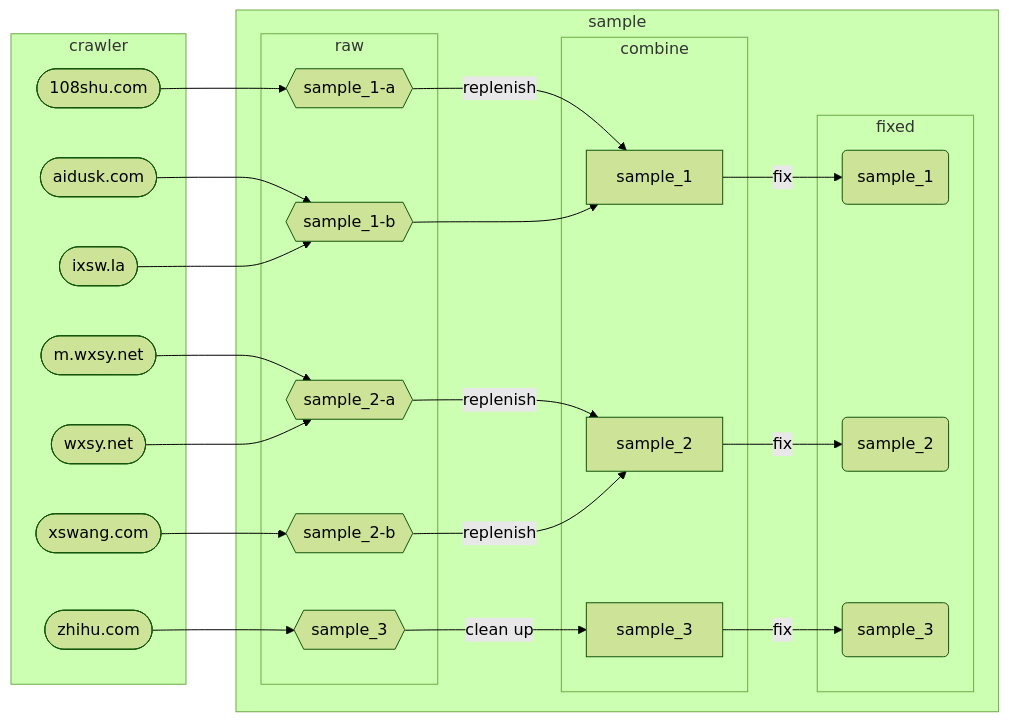
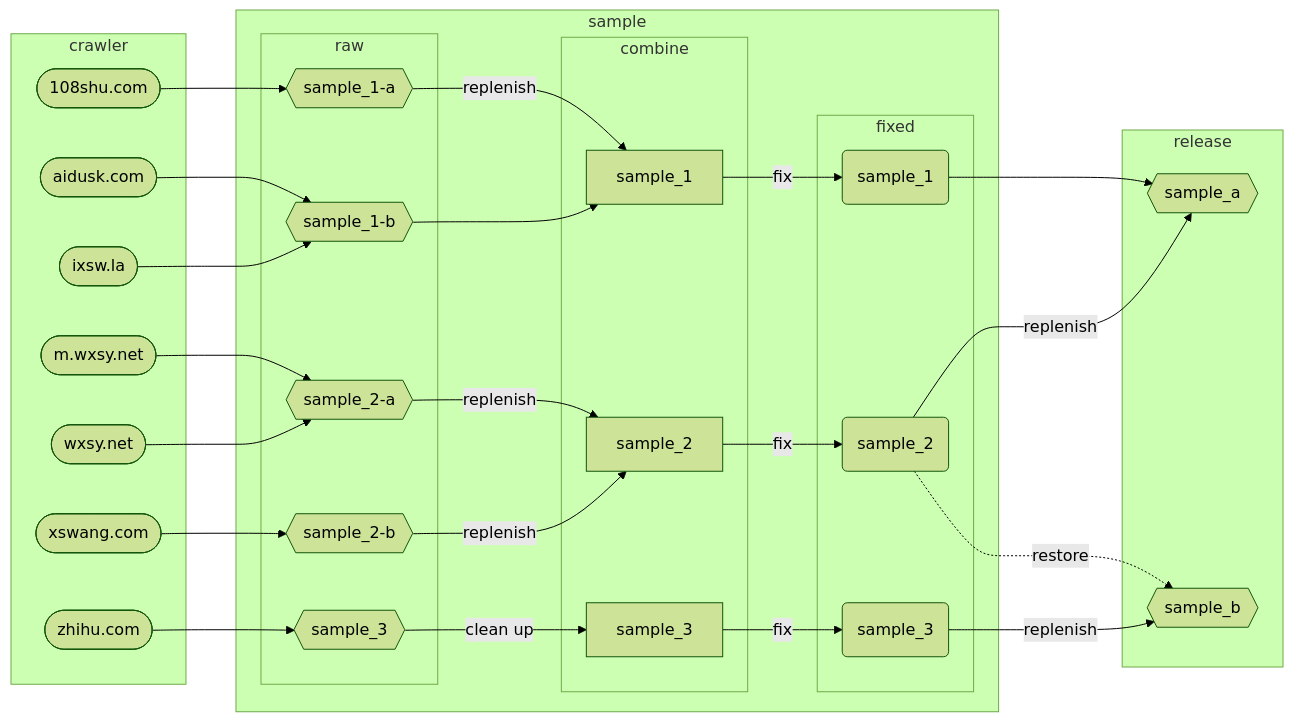
Before and after one commit to dnomd343/xxrs-crawler: the diagram in README.md, drawn with Mermaid (forest theme).

Commit message:
docs: add release combine diagram

````diff
--- a/README.md
+++ b/README.md
@@ -3,44 +3,54 @@
 ```mermaid
   graph LR
     subgraph sample
       subgraph raw
         s1a_raw{{sample_1-a}}
         s1b_raw{{sample_1-b}}
         s2a_raw{{sample_2-a}}
         s2b_raw{{sample_2-b}}
         s3_raw{{sample_3}}
       end
 
       subgraph combine
         s1_combine[sample_1]
         s2_combine[sample_2]
         s3_combine[sample_3]
       end
 
       subgraph fixed
         s1_fixed(sample_1)
         s2_fixed(sample_2)
         s3_fixed(sample_3)
       end
 
       s1a_raw -- replenish --> s1_combine
       s1b_raw --> s1_combine
       s2a_raw -- replenish --> s2_combine
       s2b_raw -- replenish --> s2_combine
       s3_raw -- clean up --> s3_combine
 
       s1_combine -- fix --> s1_fixed
       s2_combine -- fix --> s2_fixed
       s3_combine -- fix --> s3_fixed
     end
 
     subgraph crawler
       source_1([108shu.com]) --> s1a_raw
       source_2([aidusk.com]) --> s1b_raw
       source_3([ixsw.la]) --> s1b_raw
       source_4([m.wxsy.net]) --> s2a_raw
       source_5([wxsy.net]) --> s2a_raw
       source_6([xswang.com]) --> s2b_raw
       source_7([zhihu.com]) --> s3_raw
     end
+
+    subgraph release
+      sa{{sample_a}}
+      sb{{sample_b}}
+
+      s1_fixed --> sa
+      s2_fixed -- replenish --> sa
+      s2_fixed -. restore .-> sb
+      s3_fixed -- replenish --> sb
+    end
 ```
````
